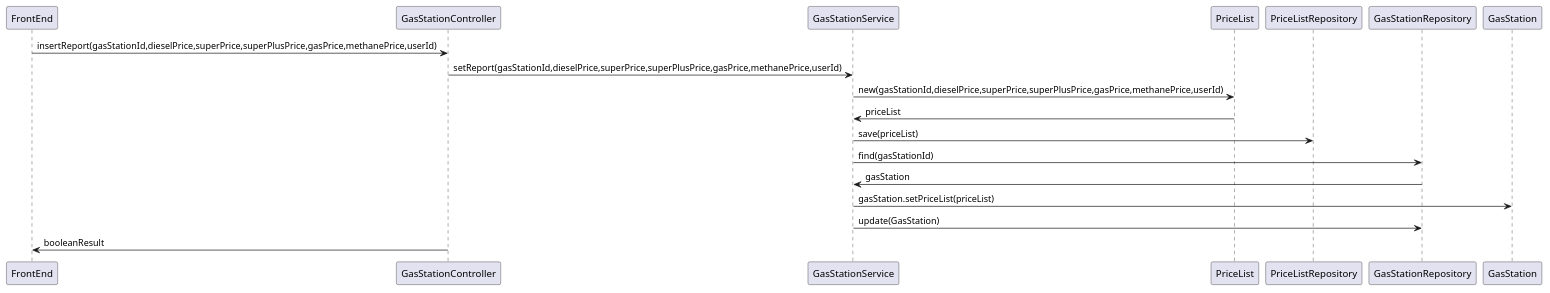
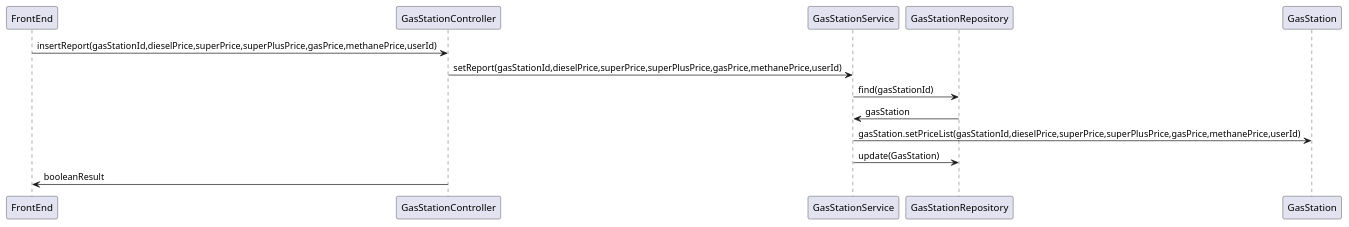
One commit to CangaRouter/ExGas changed diagram 11 of 14 in docs/DesignDocument.md. Above: the diagram before and after it, drawn with PlantUML. The commit also changed other lines of this file and 1 other file, not shown here.

Commit message:
docs: fix low level design + uc7 sequence diagram

````diff
--- a/docs/DesignDocument.md
+++ b/docs/DesignDocument.md
@@ -700,14 +667,11 @@
 ```plantuml
 @startuml
     FrontEnd -> GasStationController : insertReport(gasStationId,dieselPrice,superPrice,superPlusPrice,gasPrice,methanePrice,userId)
     GasStationController -> GasStationService: setReport(gasStationId,dieselPrice,superPrice,superPlusPrice,gasPrice,methanePrice,userId)
-    GasStationService -> PriceList: new(gasStationId,dieselPrice,superPrice,superPlusPrice,gasPrice,methanePrice,userId)
-    PriceList -> GasStationService :priceList
-    GasStationService -> PriceListRepository: save(priceList)
     GasStationService -> GasStationRepository: find(gasStationId)
     GasStationRepository -> GasStationService: gasStation
-    GasStationService -> GasStation: gasStation.setPriceList(priceList)
+    GasStationService -> GasStation: gasStation.setPriceList(gasStationId,dieselPrice,superPrice,superPlusPrice,gasPrice,methanePrice,userId)
     GasStationService -> GasStationRepository: update(GasStation)
     GasStationController -> FrontEnd: booleanResult
 @enduml
 ```
````
